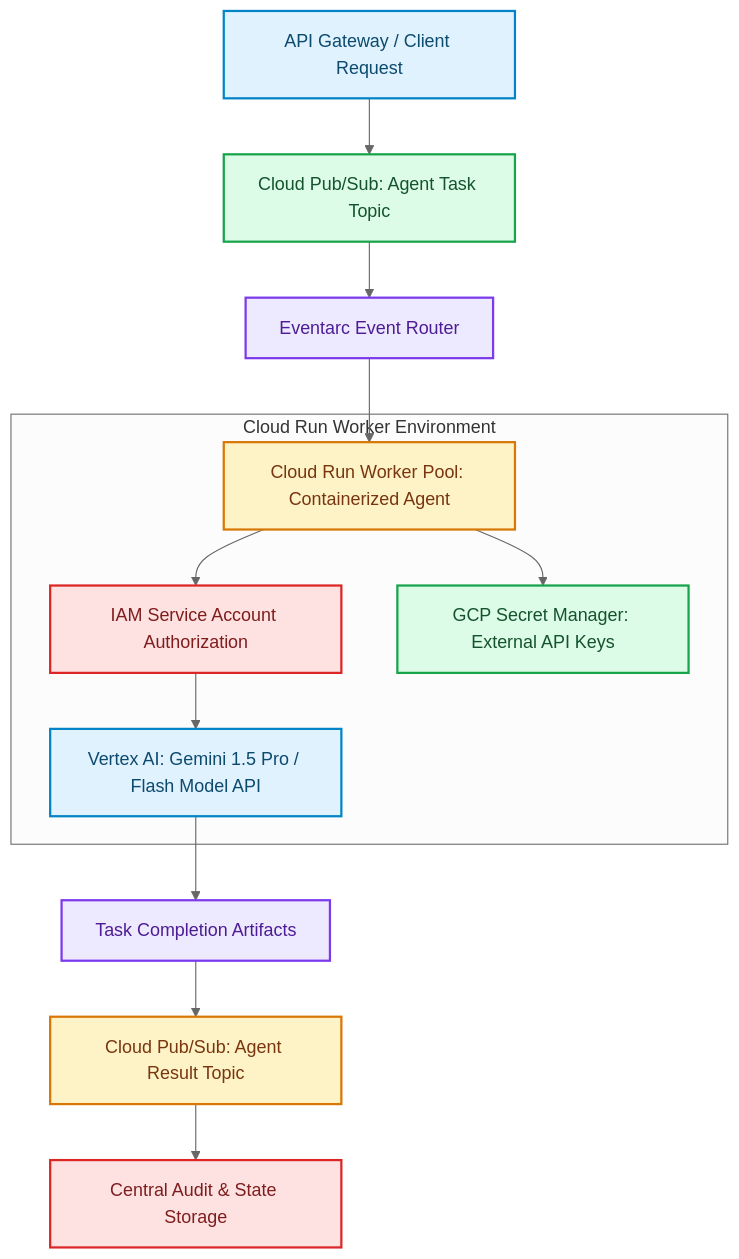
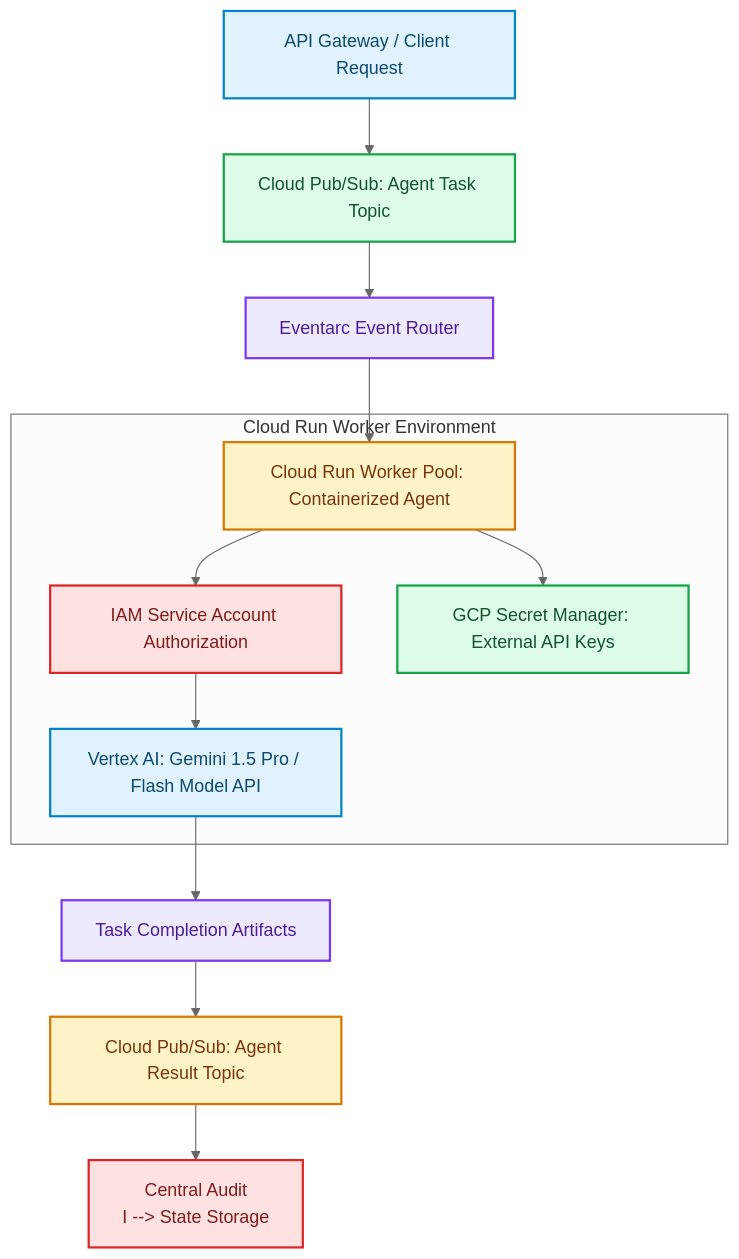
The diagram in blog/posts/gcp-enterprise-agentic-engineering-vertex-ai-cloud-run-eventarc.md (akmalkhaniub/akmalkhaniub.github.io), drawn with Mermaid (neutral theme) before and after one commit. The commit also changed other lines of this file and 894 other files, not shown here.

Commit message:
feat(blog): upgrade all 444 posts with unique staggered dates, 2-col Mermaid spines, benchmark tables, code blocks, and trade-offs

````diff
--- a/blog/posts/gcp-enterprise-agentic-engineering-vertex-ai-cloud-run-eventarc.md
+++ b/blog/posts/gcp-enterprise-agentic-engineering-vertex-ai-cloud-run-eventarc.md
@@ -17,27 +17,28 @@
 ```mermaid
 flowchart TD
   A["API Gateway / Client Request"] --> B["Cloud Pub/Sub: Agent Task Topic"]
   B --> C["Eventarc Event Router"]
   C --> D["Cloud Run Worker Pool: Containerized Agent"]
   
   subgraph SG1_CloudRunWorker ["Cloud Run Worker Environment"]
     D --> E["IAM Service Account Authorization"]
     E --> F["Vertex AI: Gemini 1.5 Pro / Flash Model API"]
     D --> G["GCP Secret Manager: External API Keys"]
   end
   
   F --> H["Task Completion Artifacts"]
   H --> I["Cloud Pub/Sub: Agent Result Topic"]
-  I --> J["Central Audit & State Storage"]
+  I --> J["Central Audit
+  I --> State Storage"]
 
 classDef green fill:#dcfce7,stroke:#16a34a,stroke-width:2px,color:#14532d;
 classDef red fill:#fee2e2,stroke:#dc2626,stroke-width:2px,color:#7f1d1d;
 classDef blue fill:#e0f2fe,stroke:#0284c7,stroke-width:2px,color:#0c4a6e;
 classDef yellow fill:#fef3c7,stroke:#d97706,stroke-width:2px,color:#78350f;
 classDef purple fill:#ede9fe,stroke:#7c3aed,stroke-width:2px,color:#4c1d95;
 class A,F blue
 class B,G green
 class C,H purple
 class D,I yellow
 class E,J red
 ```
````
